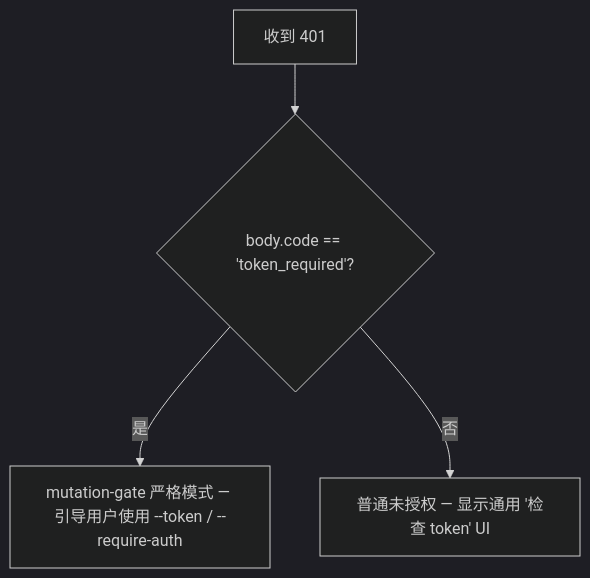
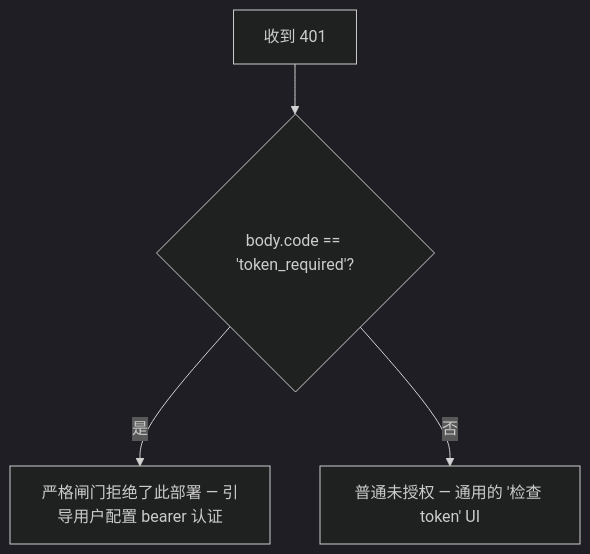
One commit to QwenLM/qwen-code-docs changed the second of 2 diagrams in website/content/zh/developers/daemon/18-error-taxonomy.md. Above: the diagram before and after it, drawn with Mermaid (dark theme). The commit also changed other lines of this file and 267 other files, not shown here.

````diff
--- a/website/content/zh/developers/daemon/18-error-taxonomy.md
+++ b/website/content/zh/developers/daemon/18-error-taxonomy.md
@@ -138,6 +138,6 @@
 ```mermaid
 flowchart TD
     A["收到 401"] --> B{"body.code == 'token_required'?"}
-    B -->|是| C["mutation-gate 严格模式 — 引导用户使用 --token / --require-auth"]
-    B -->|否| D["普通未授权 — 显示通用 '检查 token' UI"]
+    B -->|是| C["严格闸门拒绝了此部署 — 引导用户配置 bearer 认证"]
+    B -->|否| D["普通未授权 — 通用的 '检查 token' UI"]
 ```
````
